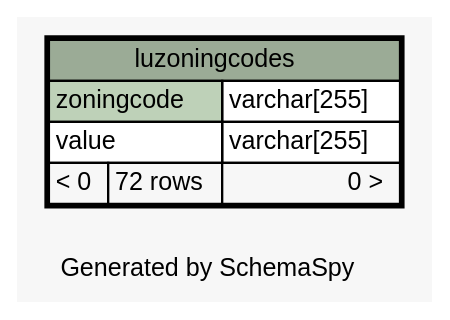
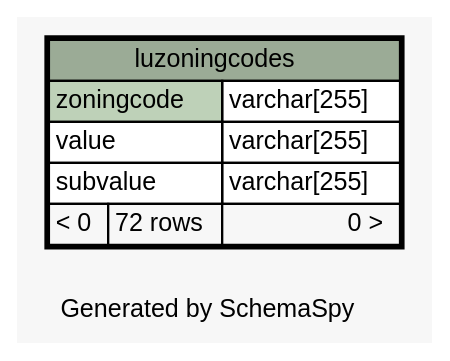
One commit to sehoven/aays401 changed the diagram in docs/databaseDoc/diagrams/luzoningcodes.1degree.dot. Above: the diagram before and after it, drawn with Graphviz. The commit also changed 24 other files, not shown here.

```diff
--- a/docs/databaseDoc/diagrams/luzoningcodes.1degree.dot
+++ b/docs/databaseDoc/diagrams/luzoningcodes.1degree.dot
@@ -1,33 +1,34 @@
 // dot 2.40.1 on Mac OS X 10.10.5
 // SchemaSpy rev 590
 digraph "oneDegreeRelationshipsDiagram" {
   graph [
     rankdir="RL"
     bgcolor="#f7f7f7"
     label="\nGenerated by SchemaSpy"
     labeljust="l"
     nodesep="0.18"
     ranksep="0.46"
     fontname="Helvetica"
     fontsize="11"
   ];
   node [
     fontname="Helvetica"
     fontsize="11"
     shape="plaintext"
   ];
   edge [
     arrowsize="0.8"
   ];
   "luzoningcodes" [
     label=<
     <TABLE BORDER="2" CELLBORDER="1" CELLSPACING="0" BGCOLOR="#ffffff">
       <TR><TD COLSPAN="3" BGCOLOR="#9bab96" ALIGN="CENTER">luzoningcodes</TD></TR>
       <TR><TD PORT="zoningcode" COLSPAN="2" BGCOLOR="#bed1b8" ALIGN="LEFT">zoningcode</TD><TD PORT="zoningcode.type" ALIGN="LEFT">varchar[255]</TD></TR>
       <TR><TD PORT="value" COLSPAN="2" ALIGN="LEFT">value</TD><TD PORT="value.type" ALIGN="LEFT">varchar[255]</TD></TR>
+      <TR><TD PORT="subvalue" COLSPAN="2" ALIGN="LEFT">subvalue</TD><TD PORT="subvalue.type" ALIGN="LEFT">varchar[255]</TD></TR>
       <TR><TD ALIGN="LEFT" BGCOLOR="#f7f7f7">&lt; 0</TD><TD ALIGN="RIGHT" BGCOLOR="#f7f7f7">72 rows</TD><TD ALIGN="RIGHT" BGCOLOR="#f7f7f7">0 &gt;</TD></TR>
     </TABLE>>
     URL="luzoningcodes.html"
     tooltip="luzoningcodes"
   ];
 }
```
